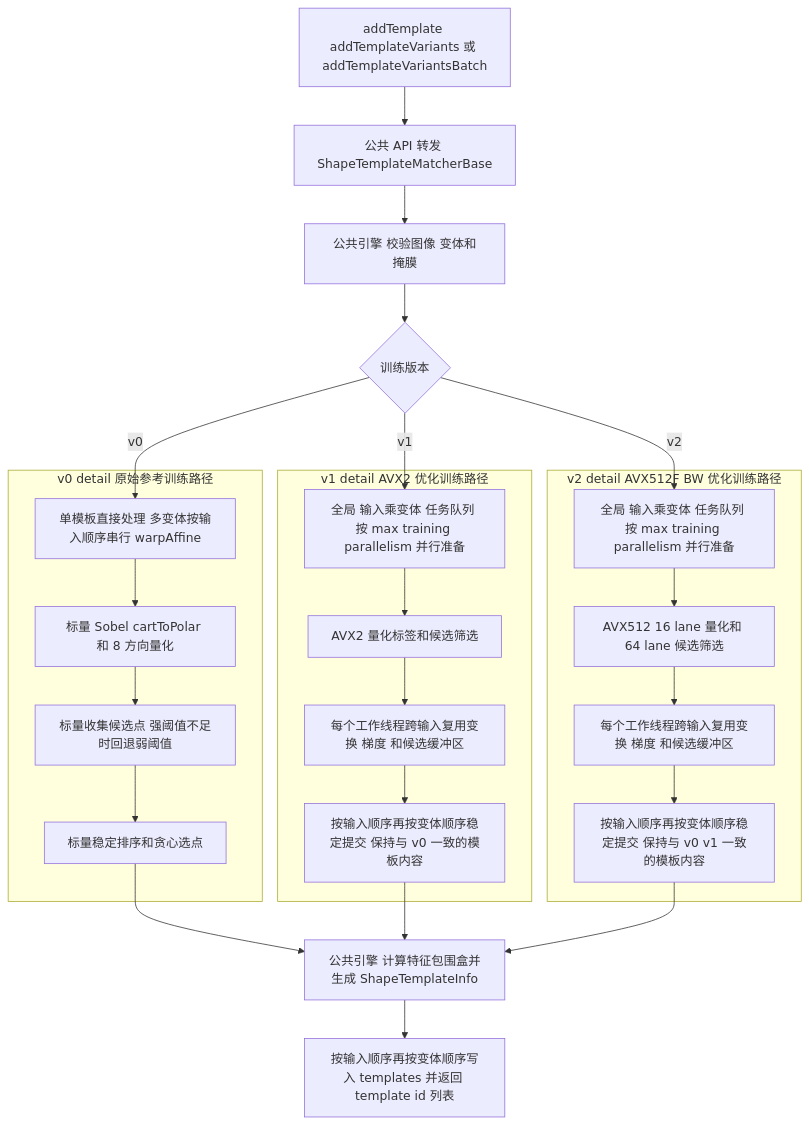
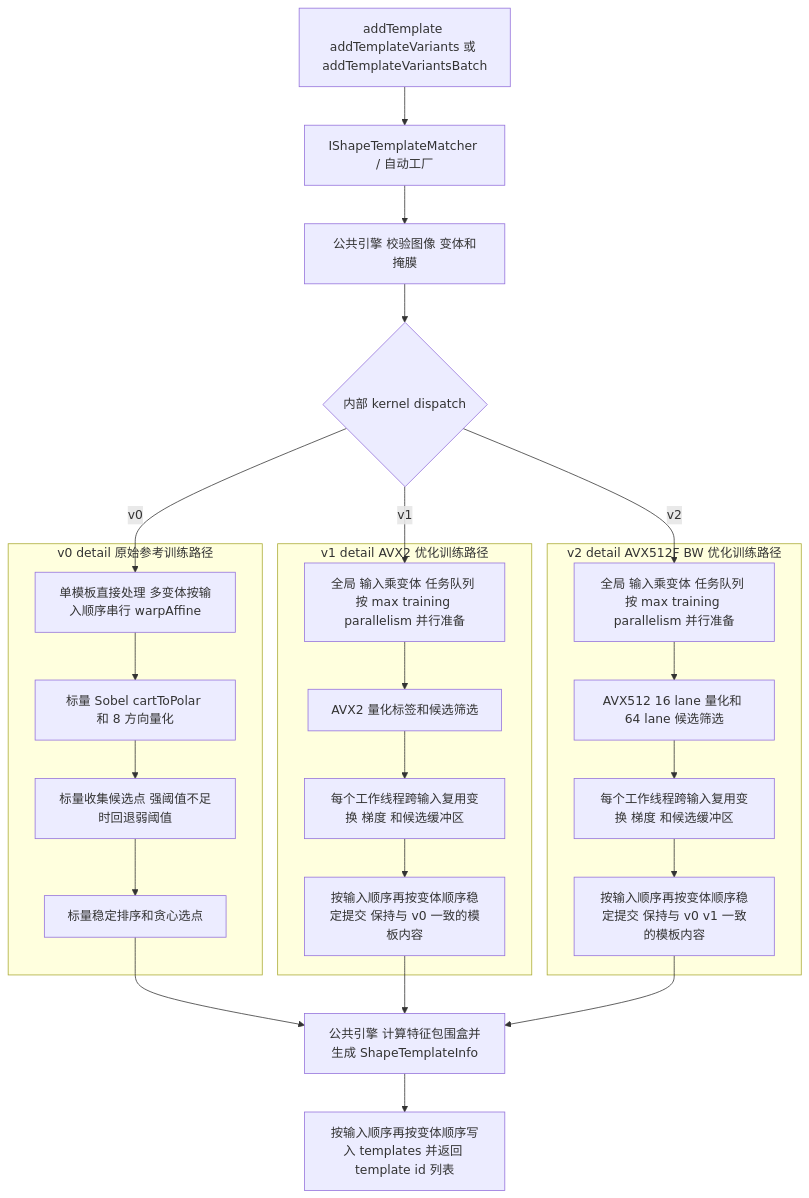
Before and after one commit to QWERDF007/InferRT: the first of 2 diagrams in src/features/ShapeTemplateMatchingFlow.md, drawn with Mermaid. The commit also changed other lines of this file and 122 other files, not shown here.

````diff
--- a/src/features/ShapeTemplateMatchingFlow.md
+++ b/src/features/ShapeTemplateMatchingFlow.md
@@ -96,50 +89,50 @@
 ```mermaid
 graph TB
     TrainStart["addTemplate addTemplateVariants 或 addTemplateVariantsBatch"];
-    TrainApi["公共 API 转发 ShapeTemplateMatcherBase"];
+    TrainApi["IShapeTemplateMatcher / 自动工厂"];
     TrainEngine["公共引擎 校验图像 变体和掩膜"];
-    TrainVersion{"训练版本"};
+    TrainVersion{"内部 kernel dispatch"};
     TrainStart --> TrainApi;
     TrainApi --> TrainEngine;
     TrainEngine --> TrainVersion;
 
     subgraph V0Train["v0 detail 原始参考训练路径"]
         V0Transform["单模板直接处理 多变体按输入顺序串行 warpAffine"];
         V0Gradient["标量 Sobel cartToPolar 和 8 方向量化"];
         V0Candidates["标量收集候选点 强阈值不足时回退弱阈值"];
         V0Select["标量稳定排序和贪心选点"];
         V0Transform --> V0Gradient;
         V0Gradient --> V0Candidates;
         V0Candidates --> V0Select;
     end
 
     subgraph V1Train["v1 detail AVX2 优化训练路径"]
         V1Workspace["全局 输入乘变体 任务队列 按 max training parallelism 并行准备"];
         V1Candidates["AVX2 量化标签和候选筛选"];
         V1Buffers["每个工作线程跨输入复用变换 梯度 和候选缓冲区"];
         V1Select["按输入顺序再按变体顺序稳定提交 保持与 v0 一致的模板内容"];
         V1Workspace --> V1Candidates;
         V1Candidates --> V1Buffers;
         V1Buffers --> V1Select;
     end
 
     subgraph V2Train["v2 detail AVX512F BW 优化训练路径"]
         V2Workspace["全局 输入乘变体 任务队列 按 max training parallelism 并行准备"];
         V2Candidates["AVX512 16 lane 量化和 64 lane 候选筛选"];
         V2Buffers["每个工作线程跨输入复用变换 梯度 和候选缓冲区"];
         V2Select["按输入顺序再按变体顺序稳定提交 保持与 v0 v1 一致的模板内容"];
         V2Workspace --> V2Candidates;
         V2Candidates --> V2Buffers;
         V2Buffers --> V2Select;
     end
 
     TrainVersion -->|v0| V0Transform;
     TrainVersion -->|v1| V1Workspace;
     TrainVersion -->|v2| V2Workspace;
     TrainInfo["公共引擎 计算特征包围盒并生成 ShapeTemplateInfo"];
     TrainStore["按输入顺序再按变体顺序写入 templates 并返回 template id 列表"];
     V0Select --> TrainInfo;
     V1Select --> TrainInfo;
     V2Select --> TrainInfo;
     TrainInfo --> TrainStore;
 ```
````
